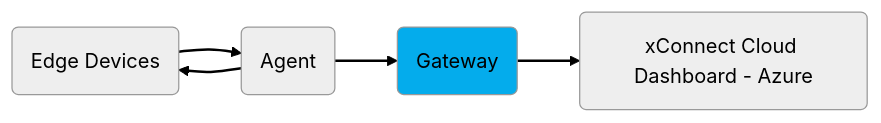
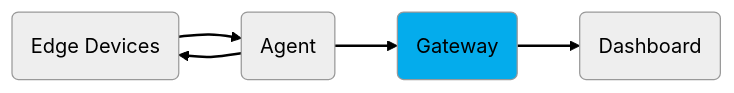
Before and after one commit to senecaxconnect/xconnect_docs: the third of 4 diagrams in docs/Platform_Overview.md, drawn with Mermaid (neutral theme). The commit also changed other lines of this file and 10 other files, not shown here.

````diff
--- a/docs/Platform_Overview.md
+++ b/docs/Platform_Overview.md
@@ -96,9 +95,9 @@
 ```mermaid
       graph LR
           A(Edge Devices) --> B(Agent)
           B --> A
           B -->C(Gateway)
-          C -->D(xConnect Cloud Dashboard - Azure);
+          C -->D(Dashboard);
           style C fill:#04acec
           linkStyle default stroke-width:2px,fill:none,stroke:black;
 ```
````
